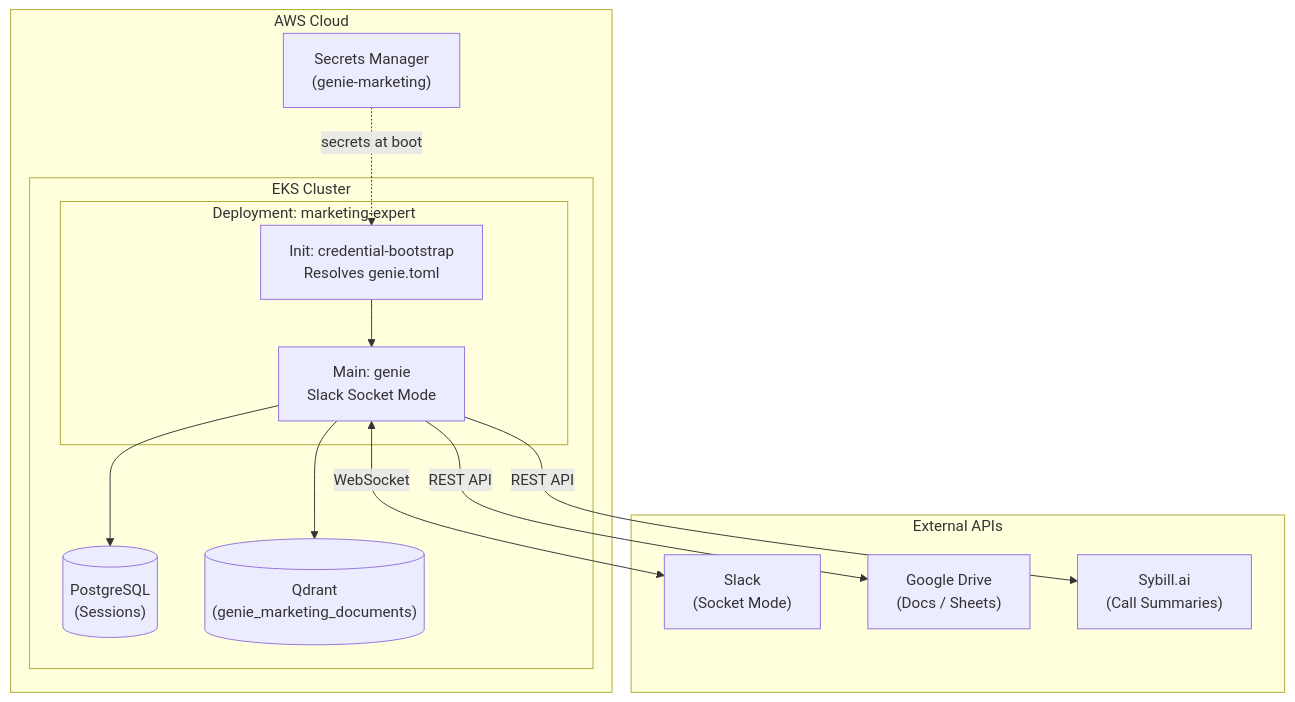
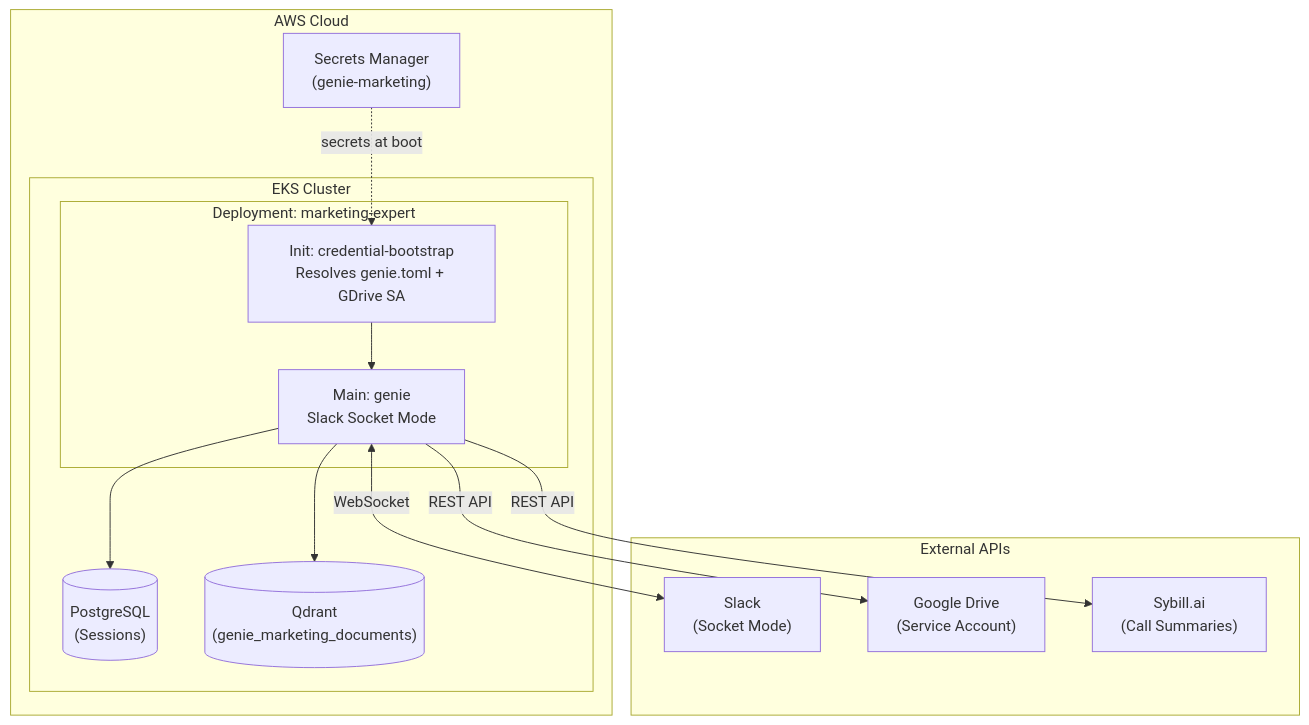
One commit to stackgenhq/genie changed the diagram in examples/marketing-expert/README.md. Above: the diagram before and after it, drawn with Mermaid. The commit also changed other lines of this file and 11 other files, not shown here.

Commit message:
learn from google drive

````diff
--- a/examples/marketing-expert/README.md
+++ b/examples/marketing-expert/README.md
@@ -5,32 +7,31 @@
 ```mermaid
 graph TB
     subgraph AWS [AWS Cloud]
         SM["Secrets Manager<br/>(genie-marketing)"]
 
         subgraph EKS [EKS Cluster]
             subgraph Deploy [Deployment: marketing-expert]
-                Init["Init: credential-bootstrap<br/>Resolves genie.toml"]
+                Init["Init: credential-bootstrap<br/>Resolves genie.toml + GDrive SA"]
                 Main["Main: genie<br/>Slack Socket Mode"]
                 Init --> Main
             end
             
             PG[("PostgreSQL<br/>(Sessions)")]
             QD[("Qdrant<br/>(genie_marketing_documents)")]
         end
     end
 
     subgraph External [External APIs]
         Slack["Slack<br/>(Socket Mode)"]
-        GDrive["Google Drive<br/>(Docs / Sheets)"]
+        GDrive["Google Drive<br/>(Service Account)"]
         Sybill["Sybill.ai<br/>(Call Summaries)"]
     end
 
     %% Connections
     SM -.->|secrets at boot| Init
     Main <-->|WebSocket| Slack
     Main -->|REST API| GDrive
     Main -->|REST API| Sybill
     Main --> PG
     Main --> QD
-
 ```
````
